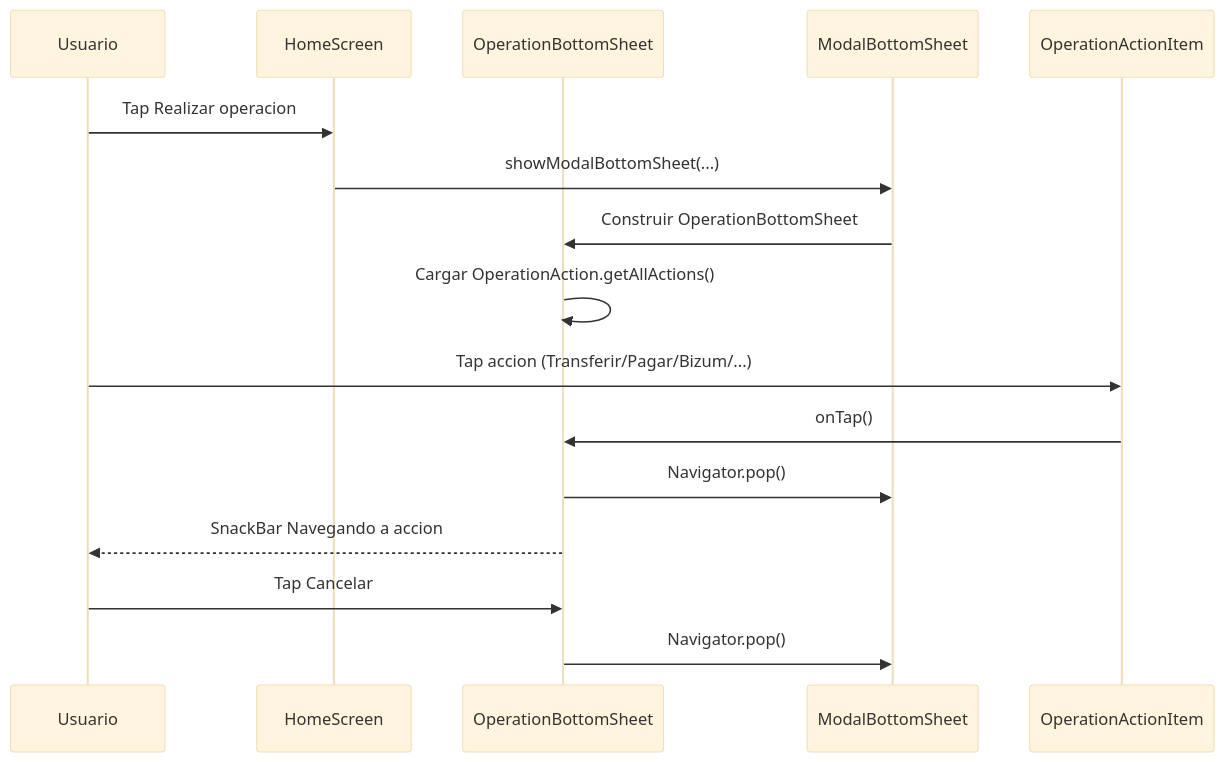
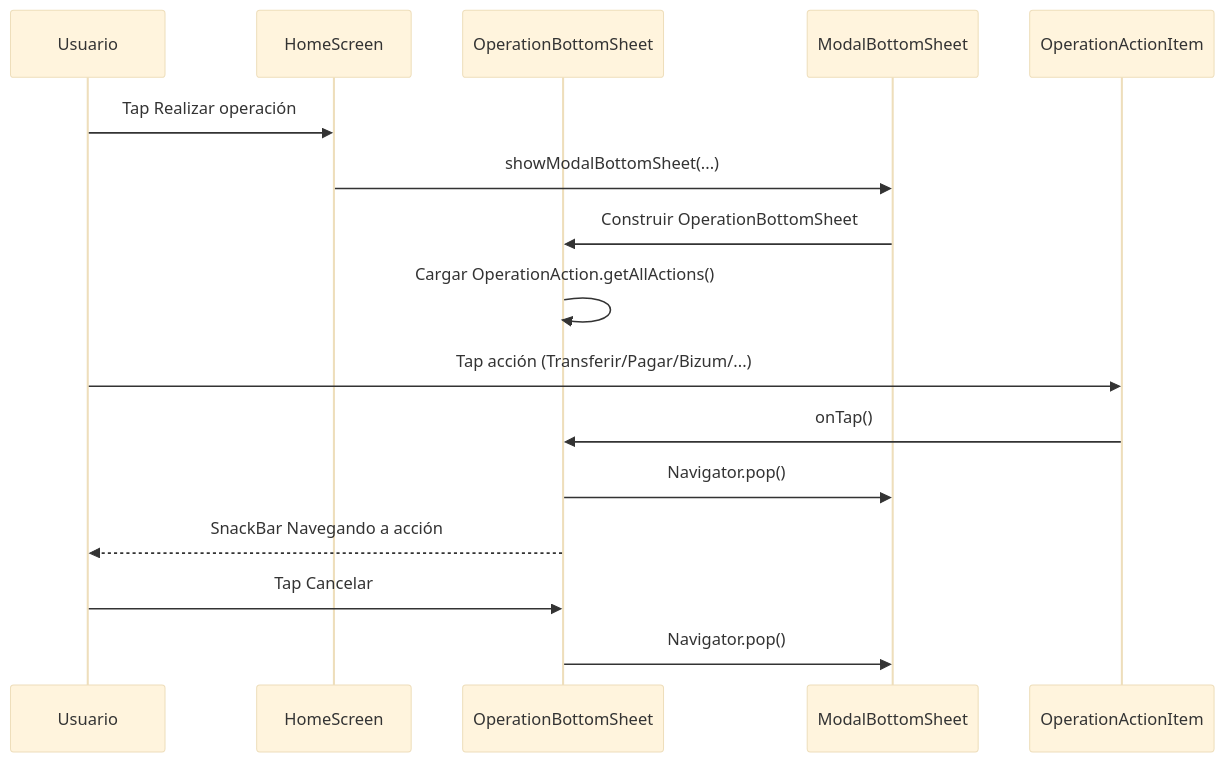
One commit to CristianPG1993/Proyecto-GlobalFin changed the fourth of 8 diagrams in App movil/globalfin_app/DIAGRAMAS_FLUJOS.md. Above: the diagram before and after it, drawn with Mermaid (base theme). The commit also changed other lines of this file and 8 other files, not shown here.

````diff
--- a/App movil/globalfin_app/DIAGRAMAS_FLUJOS.md
+++ b/App movil/globalfin_app/DIAGRAMAS_FLUJOS.md
@@ -39,19 +66,19 @@
 ```mermaid
 sequenceDiagram
     participant U as Usuario
     participant H as HomeScreen
     participant B as OperationBottomSheet
     participant M as ModalBottomSheet
     participant A as OperationActionItem
 
-    U->>H: Tap Realizar operacion
+    U->>H: Tap Realizar operación
     H->>M: showModalBottomSheet(...)
     M->>B: Construir OperationBottomSheet
     B->>B: Cargar OperationAction.getAllActions()
-    U->>A: Tap accion (Transferir/Pagar/Bizum/...)
+    U->>A: Tap acción (Transferir/Pagar/Bizum/...)
     A->>B: onTap()
     B->>M: Navigator.pop()
-    B-->>U: SnackBar Navegando a accion
+    B-->>U: SnackBar Navegando a acción
     U->>B: Tap Cancelar
     B->>M: Navigator.pop()
 ```
````
